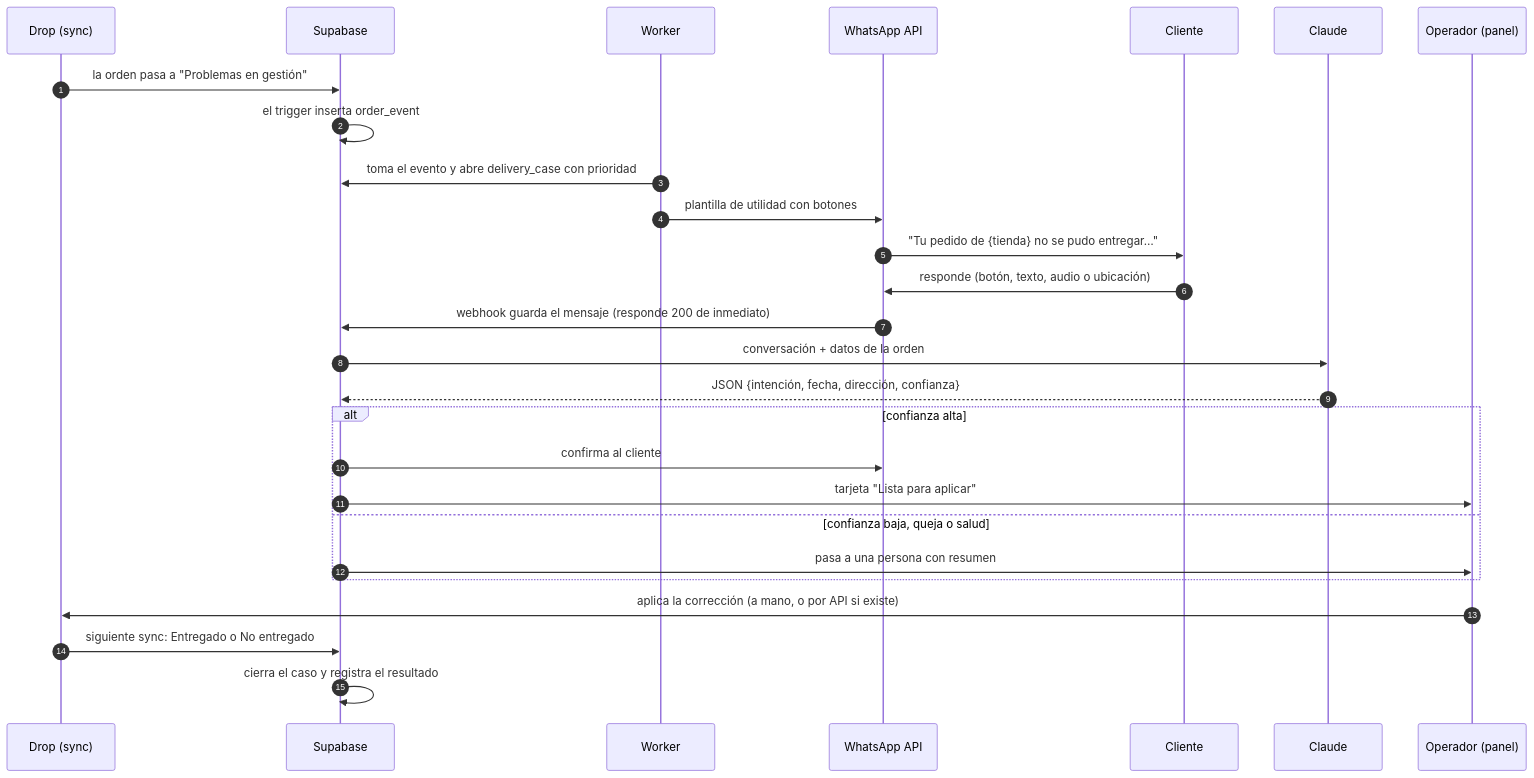
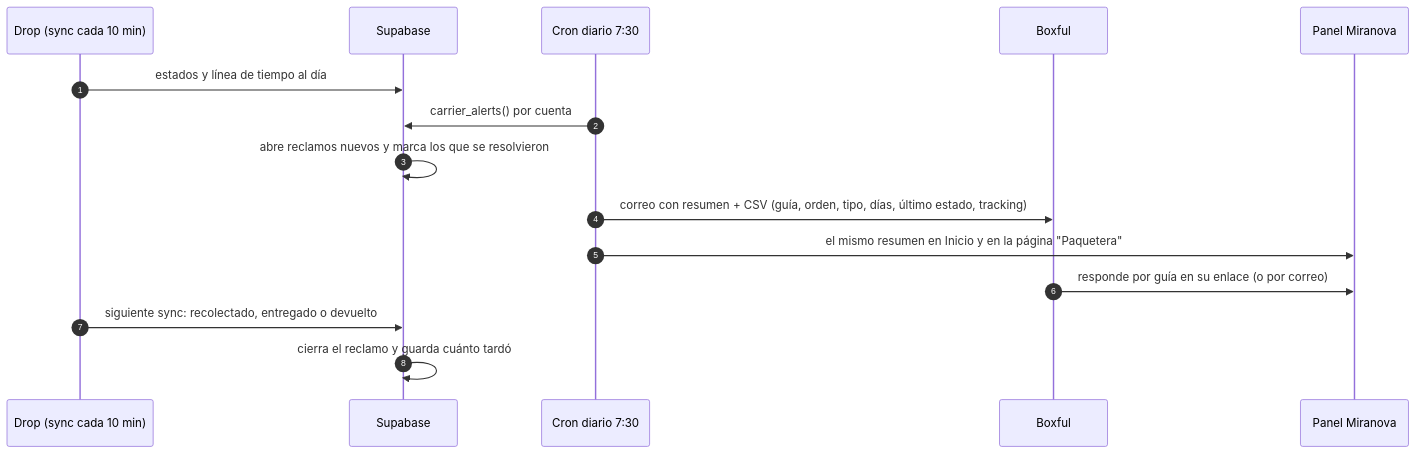
One commit to frankzk/miranova-system changed the second of 3 diagrams in docs/blueprint-automatizacion.md. Above: the diagram before and after it, drawn with Mermaid. The commit also changed other lines of this file, not shown here.

First line of the commit message:
Blueprint: enfocar en lo que le toca al proveedor (control de Boxful y despacho)

````diff
--- a/docs/blueprint-automatizacion.md
+++ b/docs/blueprint-automatizacion.md
@@ -310,30 +124,18 @@
 ```mermaid
 sequenceDiagram
   autonumber
-  participant D as Drop (sync)
+  participant D as Drop (sync cada 10 min)
   participant S as Supabase
-  participant W as Worker
-  participant WA as WhatsApp API
-  participant C as Cliente
-  participant AI as Claude
-  participant P as Operador (panel)
+  participant C as Cron diario 7:30
+  participant B as Boxful
+  participant P as Panel Miranova
 
-  D->>S: la orden pasa a "Problemas en gestión"
-  S->>S: el trigger inserta order_event
-  W->>S: toma el evento y abre delivery_case con prioridad
-  W->>WA: plantilla de utilidad con botones
-  WA->>C: "Tu pedido de {tienda} no se pudo entregar…"
-  C->>WA: responde (botón, texto, audio o ubicación)
-  WA->>S: webhook guarda el mensaje (responde 200 de inmediato)
-  S->>AI: conversación + datos de la orden
-  AI-->>S: JSON {intención, fecha, dirección, confianza}
-  alt confianza alta
-    S->>WA: confirma al cliente
-    S->>P: tarjeta "Lista para aplicar"
-  else confianza baja, queja o salud
-    S->>P: pasa a una persona con resumen
-  end
-  P->>D: aplica la corrección (a mano, o por API si existe)
-  D->>S: siguiente sync: Entregado o No entregado
-  S->>S: cierra el caso y registra el resultado
+  D->>S: estados y línea de tiempo al día
+  C->>S: carrier_alerts() por cuenta
+  S->>S: abre reclamos nuevos y marca los que se resolvieron
+  C->>B: correo con resumen + CSV (guía, orden, tipo, días, último estado, tracking)
+  C->>P: el mismo resumen en Inicio y en la página "Paquetera"
+  B->>P: responde por guía en su enlace (o por correo)
+  D->>S: siguiente sync: recolectado, entregado o devuelto
+  S->>S: cierra el reclamo y guarda cuánto tardó
 ```
````
